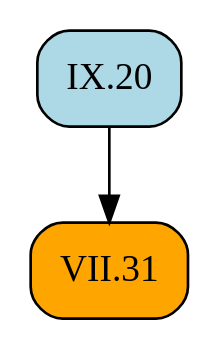
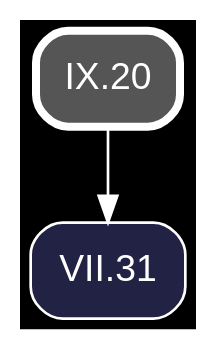
One commit to geometor/elements changed the diagram in docsrc/heath/IX/20/index.rst. Above: the diagram before and after it, drawn with Graphviz. The commit also changed other lines of this file and 1200 other files, not shown here.

Commit message:
update dependency graphs

```diff
--- a/docsrc/heath/IX/20/index.rst
+++ b/docsrc/heath/IX/20/index.rst
@@ -50,9 +50,11 @@
 .. graphviz::
 
    digraph {
+     bgcolor="black";
+     node [shape=box, style="rounded,filled", fontname="Helvetica", color="white", fontcolor="white"];
+     edge [color="white", fontcolor="white"];
      rankdir="TB";
-     node [shape=box, style=rounded];
-     "VII.31" [style="rounded,filled", fillcolor=orange, URL="/heath/VII/31/", target="_top"];
-     "IX.20" [style="rounded,filled", fillcolor=lightblue, URL="/heath/IX/20/", target="_top"];
+     "IX.20" [penwidth=3, color="white", fillcolor="#555555", URL="/heath/IX/20/", target="_top"];
+     "VII.31" [fillcolor="#222244", URL="/heath/VII/31/", target="_top"];
      "IX.20" -> "VII.31";
    }
```
